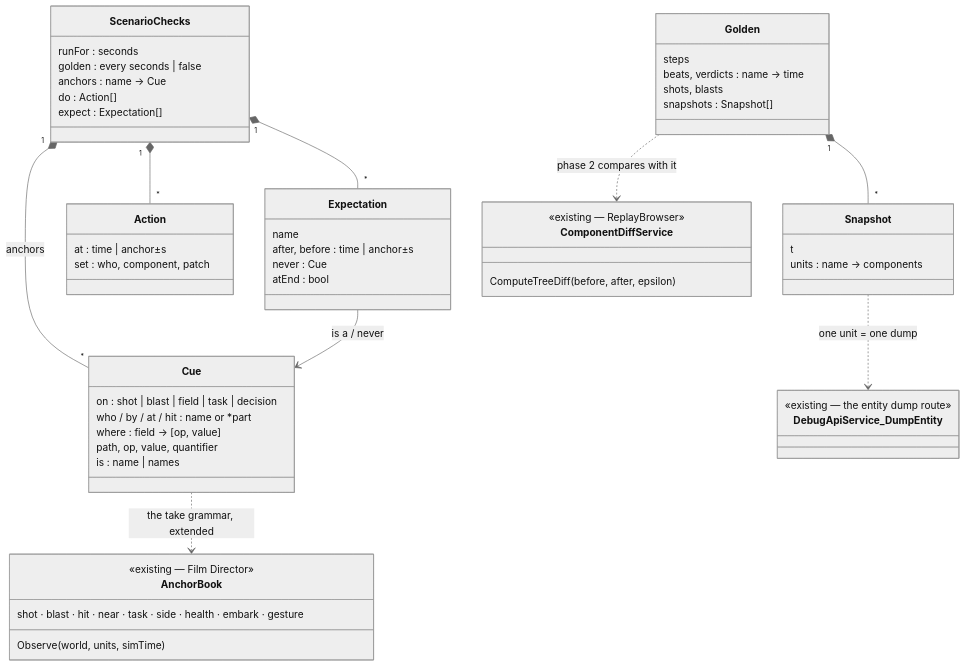
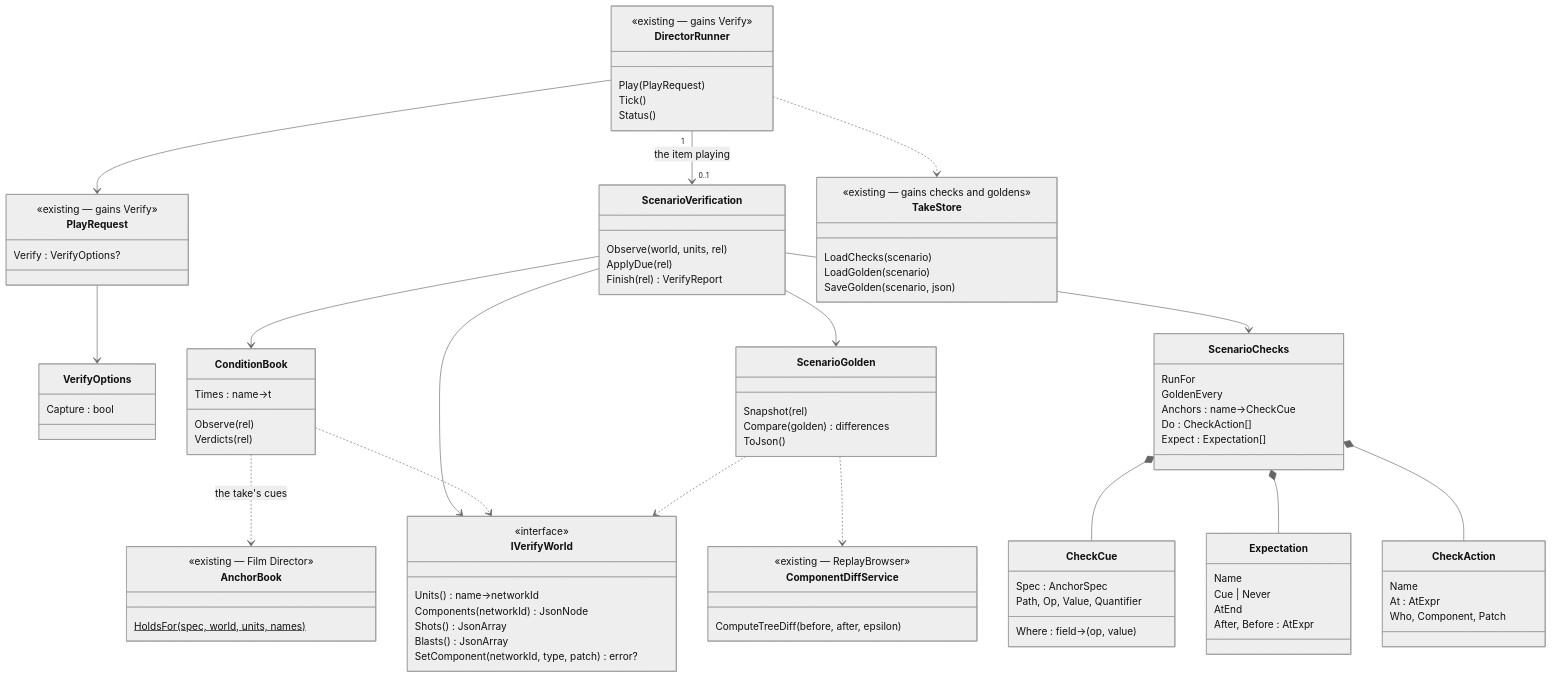
The second of 3 diagrams in docs/DESIGN_Scenario_Regression.md (pjanec/HROT), drawn with Mermaid (neutral theme) before and after one commit. The commit also changed other lines of this file and 21 other files, not shown here.

````diff
--- a/docs/DESIGN_Scenario_Regression.md
+++ b/docs/DESIGN_Scenario_Regression.md
@@ -75,57 +82,91 @@
 ```mermaid
 classDiagram
+  class DirectorRunner {
+    <<existing — gains Verify>>
+    Play(PlayRequest)
+    Tick()
+    Status()
+  }
+  class PlayRequest {
+    <<existing — gains Verify>>
+    Verify : VerifyOptions?
+  }
+  class VerifyOptions {
+    Capture : bool
+  }
+  class IVerifyWorld {
+    <<interface>>
+    Units() name→networkId
+    Components(networkId) JsonNode
+    Shots() JsonArray
+    Blasts() JsonArray
+    SetComponent(networkId, type, patch) error?
+  }
+  class ScenarioVerification {
+    Observe(world, units, rel)
+    ApplyDue(rel)
+    Finish(rel) VerifyReport
+  }
+  class ConditionBook {
+    Observe(rel)
+    Times : name→t
+    Verdicts(rel)
+  }
+  class ScenarioGolden {
+    Snapshot(rel)
+    Compare(golden) differences
+    ToJson()
+  }
   class ScenarioChecks {
-    runFor : seconds
-    golden : every seconds | false
-    anchors : name → Cue
-    do : Action[]
-    expect : Expectation[]
+    RunFor
+    GoldenEvery
+    Anchors : name→CheckCue
+    Do : CheckAction[]
+    Expect : Expectation[]
   }
-  class Cue {
-    on : shot | blast | field | task | decision
-    who / by / at / hit : name or *part
-    where : field → [op, value]
-    path, op, value, quantifier
-    is : name | names
+  class CheckCue {
+    Spec : AnchorSpec
+    Where : field→(op, value)
+    Path, Op, Value, Quantifier
   }
   class Expectation {
-    name
-    after, before : time | anchor±s
-    never : Cue
-    atEnd : bool
+    Name
+    Cue | Never
+    AtEnd
+    After, Before : AtExpr
   }
-  class Action {
-    at : time | anchor±s
-    set : who, component, patch
-  }
-  class Golden {
-    steps
-    beats, verdicts : name → time
-    shots, blasts
-    snapshots : Snapshot[]
-  }
-  class Snapshot {
-    t
-    units : name → components
+  class CheckAction {
+    Name
+    At : AtExpr
+    Who, Component, Patch
   }
   class AnchorBook {
     <<existing — Film Director>>
-    Observe(world, units, simTime)
-    shot · blast · hit · near · task · side · health · embark · gesture
+    HoldsFor(spec, world, units, names)$
   }
   class ComponentDiffService {
     <<existing — ReplayBrowser>>
     ComputeTreeDiff(before, after, epsilon)
   }
-  class DebugApiService_DumpEntity {
-    <<existing — the entity dump route>>
+  class TakeStore {
+    <<existing — gains checks and goldens>>
+    LoadChecks(scenario)
+    LoadGolden(scenario)
+    SaveGolden(scenario, json)
   }
-  ScenarioChecks "1" *-- "*" Expectation
-  ScenarioChecks "1" *-- "*" Action
-  ScenarioChecks "1" *-- "*" Cue : anchors
-  Expectation --> Cue : is a / never
-  Golden "1" *-- "*" Snapshot
-  Snapshot ..> DebugApiService_DumpEntity : one unit = one dump
-  Cue ..> AnchorBook : the take grammar, extended
-  Golden ..> ComponentDiffService : phase 2 compares with it
+  DirectorRunner --> PlayRequest
+  PlayRequest --> VerifyOptions
+  DirectorRunner "1" --> "0..1" ScenarioVerification : the item playing
+  ScenarioVerification --> ConditionBook
+  ScenarioVerification --> ScenarioGolden
+  ScenarioVerification --> IVerifyWorld
+  ScenarioVerification --> ScenarioChecks
+  ScenarioChecks *-- CheckCue
+  ScenarioChecks *-- Expectation
+  ScenarioChecks *-- CheckAction
+  ConditionBook ..> AnchorBook : the take's cues
+  ConditionBook ..> IVerifyWorld
+  ScenarioGolden ..> ComponentDiffService
+  ScenarioGolden ..> IVerifyWorld
+  DirectorRunner ..> TakeStore
 ```
````
